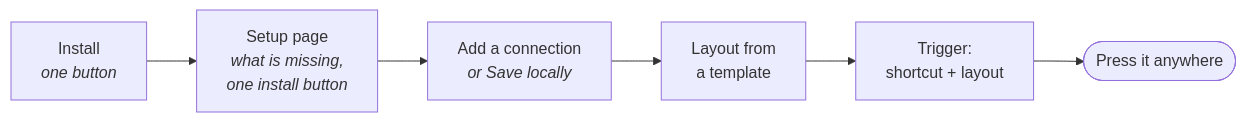
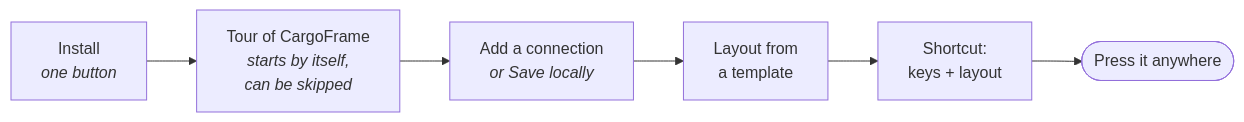
One commit to SotharL/CargoFrame changed the third of 4 diagrams in docs/design.md. Above: the diagram before and after it, drawn with Mermaid. The commit also changed other lines of this file and 96 other files, not shown here.

````diff
--- a/docs/design.md
+++ b/docs/design.md
@@ -238,8 +250,8 @@
 ```mermaid
 flowchart LR
-    I[Install<br><i>one button</i>] --> S[Setup page<br><i>what is missing,<br>one install button</i>]
-    S --> C[Add a connection<br><i>or Save locally</i>]
+    I[Install<br><i>one button</i>] --> R[Tour of CargoFrame<br><i>starts by itself,<br>can be skipped</i>]
+    R --> C[Add a connection<br><i>or Save locally</i>]
     C --> L[Layout from<br>a template]
-    L --> T[Trigger:<br>shortcut + layout]
+    L --> T[Shortcut:<br>keys + layout]
     T --> P([Press it anywhere])
 ```
````
